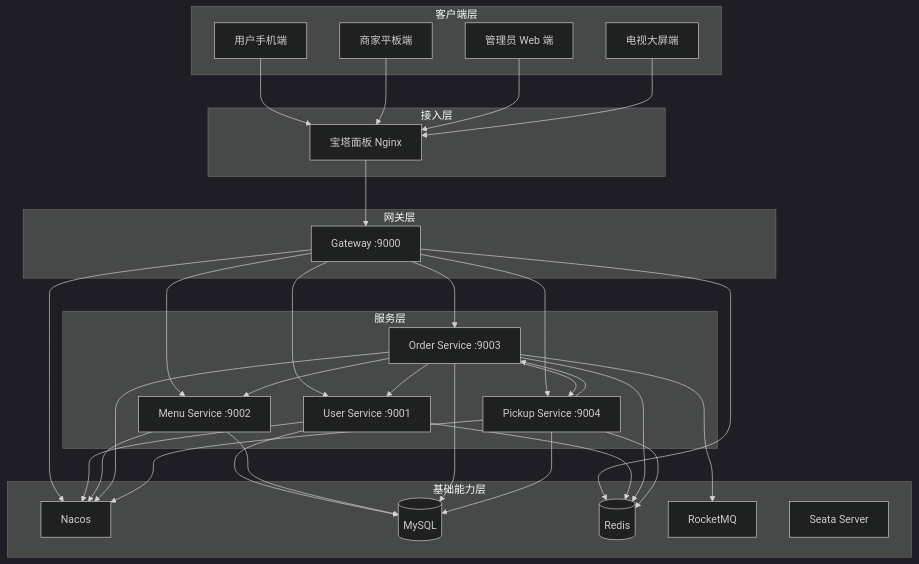
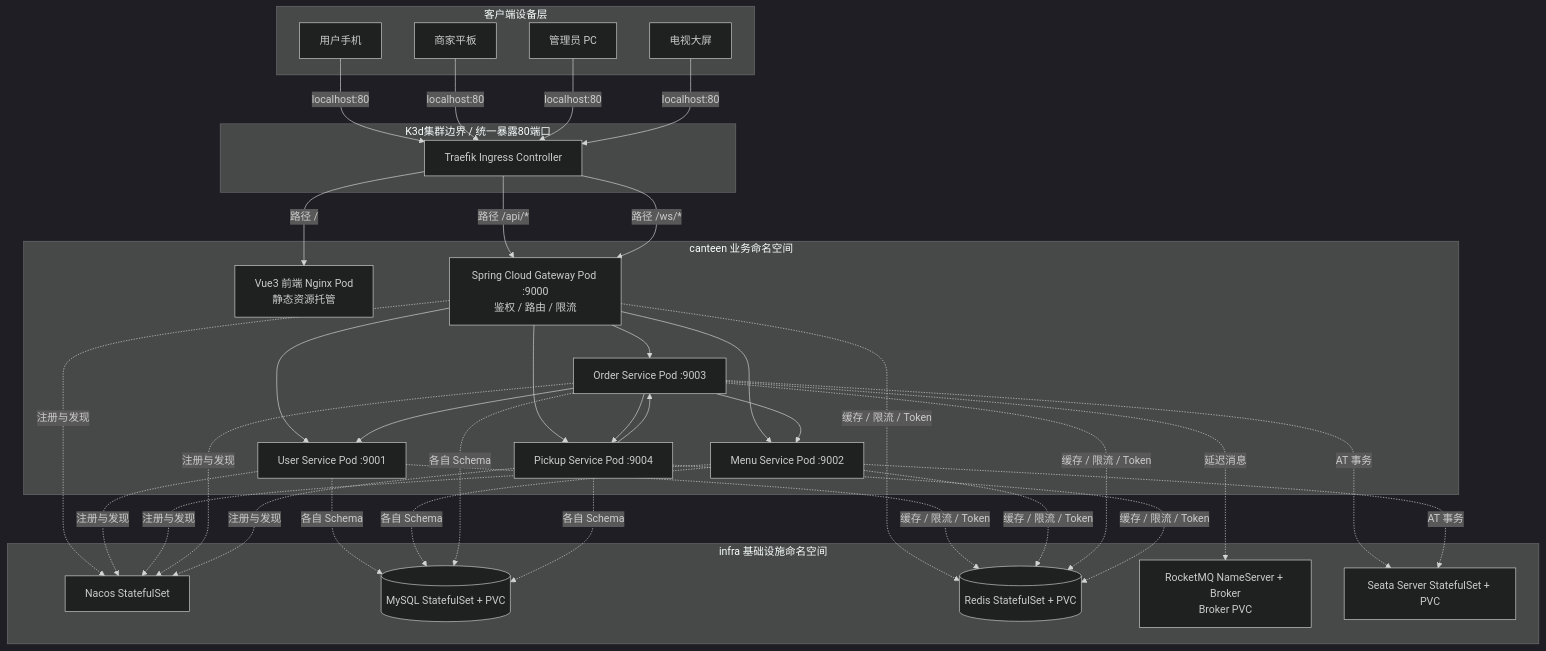
The first of 2 diagrams in docs/A架构设计文档.md (ZhongJiating26/smart-canteen), drawn with Mermaid (dark theme) before and after one commit. The commit also changed other lines of this file and 27 other files, not shown here.

````diff
--- a/docs/A架构设计文档.md
+++ b/docs/A架构设计文档.md
@@ -45,64 +45,52 @@
 ```mermaid
 graph TD
-    subgraph 客户端层
-        U[用户手机端]
-        M[商家平板端]
-        A[管理员 Web 端]
-        S[电视大屏端]
+    subgraph 客户端设备层
+        U[用户手机]
+        M[商家平板]
+        A[管理员 PC]
+        S[电视大屏]
     end
 
-    subgraph 接入层
-        FE[宝塔面板 Nginx]
+    subgraph K3d集群边界 / 统一暴露80端口
+        LB[Traefik Ingress Controller]
     end
 
-    subgraph 网关层
-        GW[Gateway :9000]
+    subgraph canteen 业务命名空间
+        NG[Vue3 前端 Nginx Pod<br/>静态资源托管]
+        GW[Spring Cloud Gateway Pod :9000<br/>鉴权 / 路由 / 限流]
+        US[User Service Pod :9001]
+        MS[Menu Service Pod :9002]
+        OS[Order Service Pod :9003]
+        PS[Pickup Service Pod :9004]
     end
 
-    subgraph 服务层
-        US[User Service :9001]
-        MS[Menu Service :9002]
-        OS[Order Service :9003]
-        PS[Pickup Service :9004]
+    subgraph infra 基础设施命名空间
+        N[Nacos StatefulSet]
+        DB[(MySQL StatefulSet + PVC)]
+        R[(Redis StatefulSet + PVC)]
+        MQ[RocketMQ NameServer + Broker<br/>Broker PVC]
+        SE[Seata Server StatefulSet + PVC]
     end
 
-    subgraph 基础能力层
-        N[Nacos]
-        DB[(MySQL)]
-        R[(Redis)]
-        MQ[RocketMQ]
-        SE[Seata Server]
-    end
+    %% 客户端到集群入口
+    U & M & A & S -->|localhost:80| LB
 
-    U --> FE --> GW
-    M --> FE
-    A --> FE
-    S --> FE
+    %% Ingress 同源路由分流
+    LB -->|路径 / | NG
+    LB -->|路径 /api/* | GW
+    LB -->|路径 /ws/* | GW
 
-    GW --> US
-    GW --> MS
-    GW --> OS
-    GW --> PS
+    %% 网关路由
+    GW --> US & MS & OS & PS
 
-    OS --> MS
-    OS --> US
-    OS --> PS
+    %% 服务间内部依赖
+    OS --> MS & US & PS
     PS --> OS
 
-    OS --> MQ
-    GW --> N
-    US --> N
-    MS --> N
-    OS --> N
-    PS --> N
-
-    US --> DB
-    MS --> DB
-    OS --> DB
-    PS --> DB
-
-    GW --> R
-    US --> R
-    OS --> R
-    PS --> R
+    %% 跨Namespace访问基础设施（利用K8s DNS）
+    GW & US & MS & OS & PS -.->|注册与发现| N
+    GW & US & MS & OS & PS -.->|缓存 / 限流 / Token| R
+    US & MS & OS & PS -.->|各自 Schema| DB
+    OS -.->|延迟消息| MQ
+    OS & MS -.->|AT 事务| SE
 ```
````
